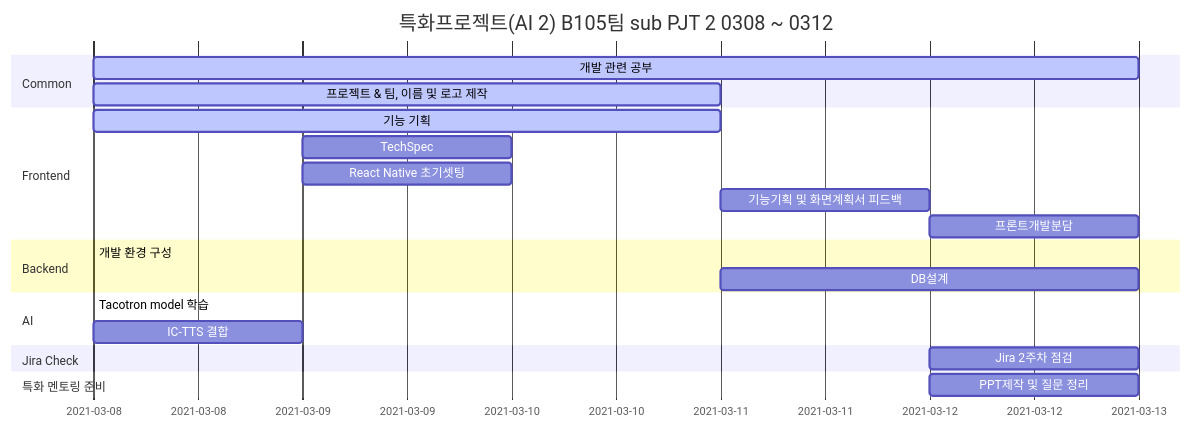
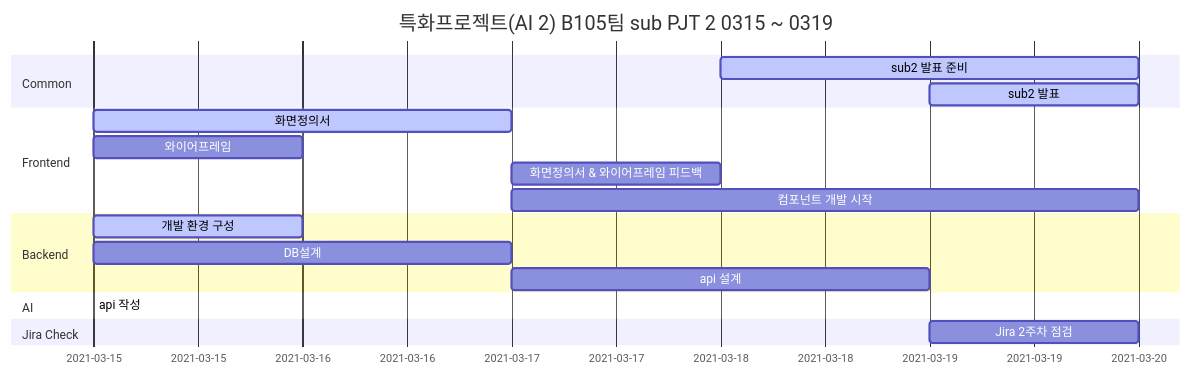
Before and after one commit to jes5918/dinory: the diagram in README.md, drawn with Mermaid. The commit also changed other lines of this file, not shown here.

````diff
--- a/README.md
+++ b/README.md
@@ -32,30 +40,26 @@
 ```mermaid
 gantt
     axisFormat  %Y-%m-%d
-    title      특화프로젝트(AI 2) B105팀 sub PJT 2 0308 ~ 0312
+    title      특화프로젝트(AI 2) B105팀 sub PJT 2 0315 ~ 0319
 	section Common
-	개발 관련 공부: active, 2021-03-08, 5d
-	프로젝트 & 팀, 이름 및 로고 제작 : active, 2021-03-08, 3d
+	sub2 발표 준비: active, 2021-03-18, 2d
+	sub2 발표 : active, 2021-03-19, 1d
 
     section Frontend
-    기능 기획 :active, a1, 2021-03-08, 3d
-    TechSpec :, 2021-03-09, 1d
-    React Native 초기셋팅 :, 2021-03-09,1d
-    기능기획 및 화면계획서 피드백 :after a1, 1d
-    프론트개발분담 :	, 2021-03-12, 1d
+    화면정의서 :active, a1, 2021-03-15, 2d
+    와이어프레임 :, 2021-03-15, 1d
+    화면정의서 & 와이어프레임 피드백 : after a1,1d
+    컴포넌트 개발 시작 :2021-03-17, 3d
 
 
     section Backend
-   	개발 환경 구성 :active, 2021-03-08, 2021-03-11
-   	DB설계 :after, 2021-03-11, 2d
-
+   	개발 환경 구성 :active, 2021-03-15, 1d
+   	DB설계 :after, 2021-03-15, 2d
+	api 설계: ,2021-03-17, 2d
+   	
    	section AI
-   	Tacotron model 학습 :active, a2, 2021-03-08, 2021-03-11
-   	IC-TTS 결합 :after a2, 1d
+   	api 작성:active, a2, 2021-03-15, 2021-03-19
 
    	section Jira Check
-   	Jira 2주차 점검 :, 2021-03-12, 1d
-
-   	section 특화 멘토링 준비
-   	PPT제작 및 질문 정리 :, 2021-03-12, 1d
+   	Jira 2주차 점검 :, 2021-03-19, 1d
 ```
````
